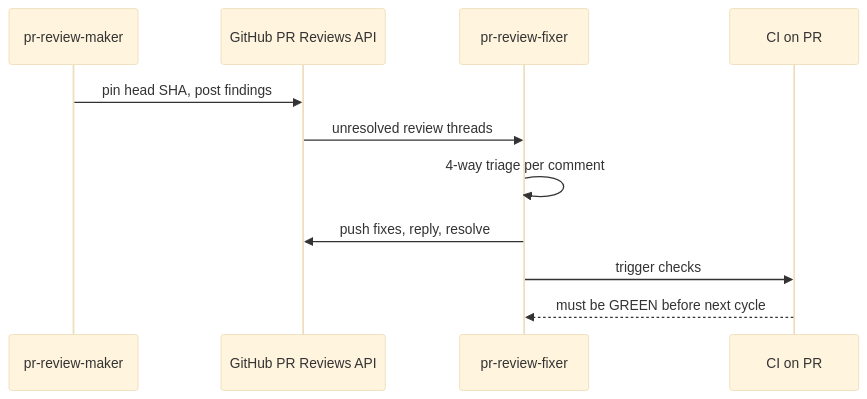
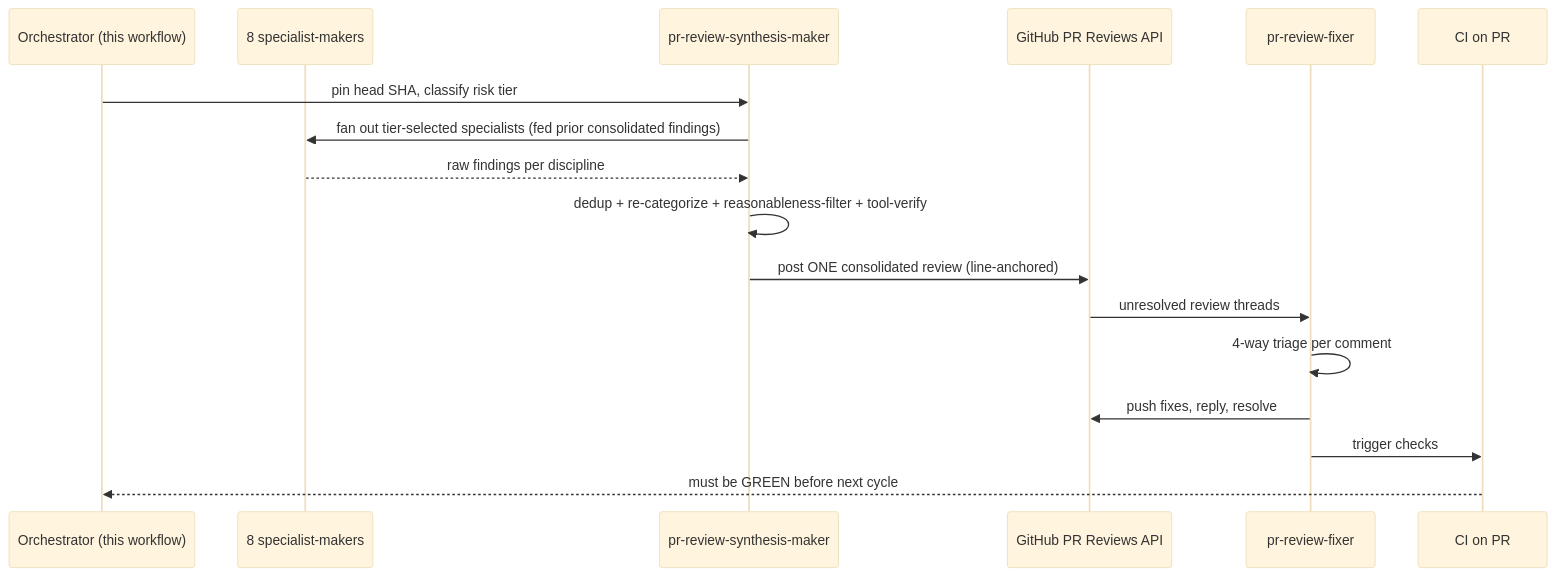
The second of 3 diagrams in repo-governance/workflows/pr/pr-review-quality-gate.md (wahidyankf/ose-primer), drawn with Mermaid (base theme) before and after one commit. The commit also changed other lines of this file and 42 other files, not shown here.

First line of the commit message:
refactor(agents): propagate PR-review specialists + synthesizer to ose-primer (#17)

````diff
--- a/repo-governance/workflows/pr/pr-review-quality-gate.md
+++ b/repo-governance/workflows/pr/pr-review-quality-gate.md
@@ -86,14 +151,20 @@
 ```mermaid
 sequenceDiagram
-  participant M as pr-review-maker
+  participant O as Orchestrator (this workflow)
+  participant SP as 8 specialist-makers
+  participant SY as pr-review-synthesis-maker
   participant GH as GitHub PR Reviews API
   participant F as pr-review-fixer
   participant CI as CI on PR
 
-  M->>GH: pin head SHA, post findings
+  O->>SY: pin head SHA, classify risk tier
+  SY->>SP: fan out tier-selected specialists (fed prior consolidated findings)
+  SP-->>SY: raw findings per discipline
+  SY->>SY: dedup + re-categorize + reasonableness-filter + tool-verify
+  SY->>GH: post ONE consolidated review (line-anchored)
   GH->>F: unresolved review threads
   F->>F: 4-way triage per comment
   F->>GH: push fixes, reply, resolve
   F->>CI: trigger checks
-  CI-->>F: must be GREEN before next cycle
+  CI-->>O: must be GREEN before next cycle
 ```
````
